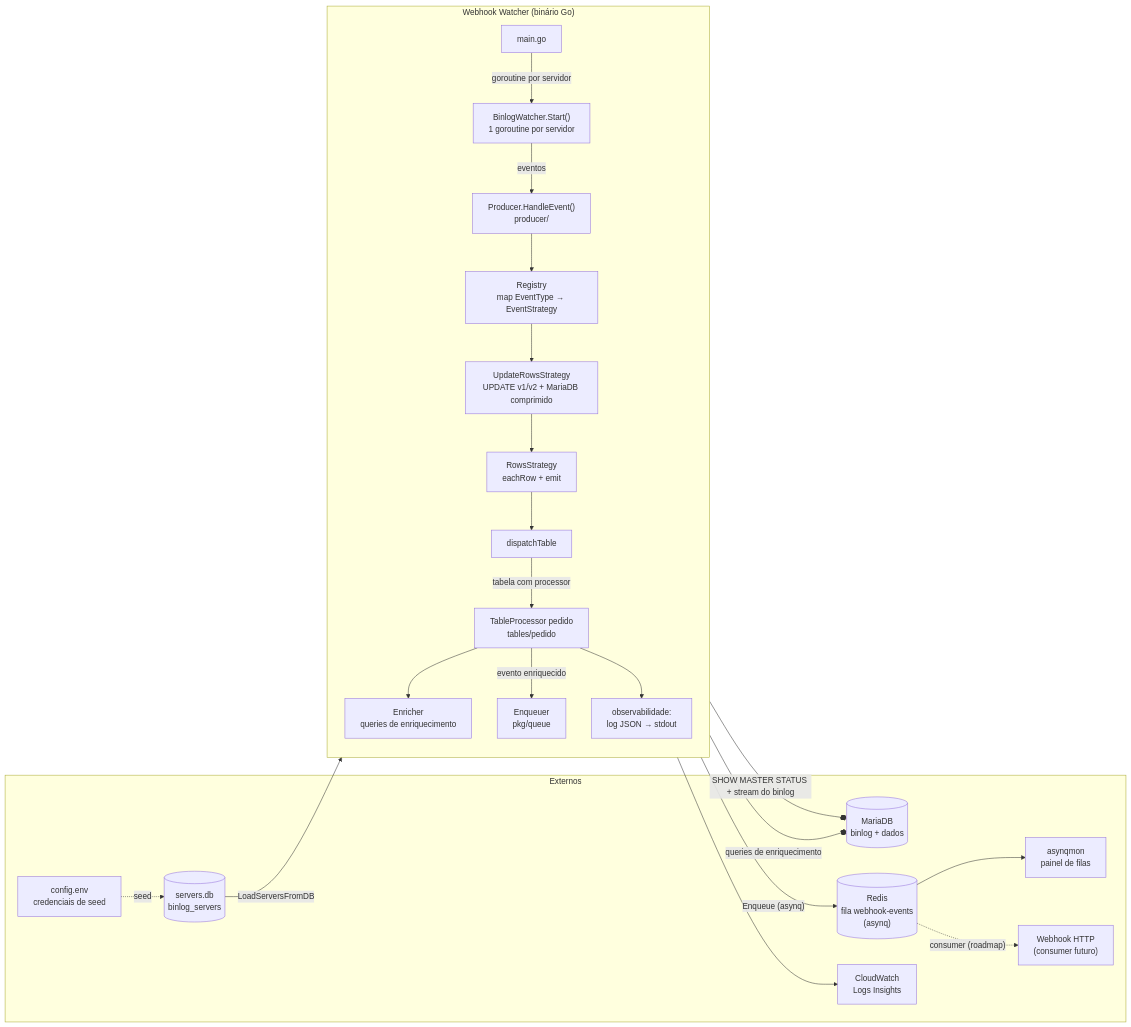
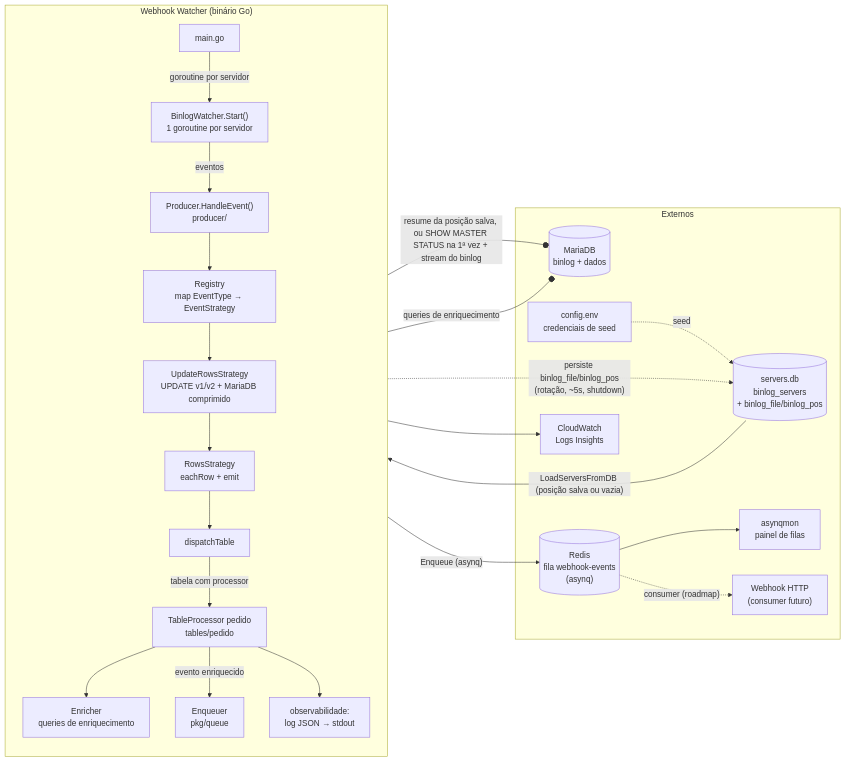
The diagram in README.md (AlisonSimiao/webhook-watcher), drawn with Mermaid before and after one commit. The commit also changed other lines of this file and 8 other files, not shown here.

Commit message:
feat(binlog): implement resume on restart for binlog watcher and persist position in SQLite

````diff
--- a/README.md
+++ b/README.md
@@ -43,46 +43,47 @@
 ```mermaid
 flowchart LR
     subgraph Ext["Externos"]
         MDB[("MariaDB<br/>binlog + dados")]
-        SQLITE[("servers.db<br/>binlog_servers")]
+        SQLITE[("servers.db<br/>binlog_servers<br/>+ binlog_file/binlog_pos")]
         ENV["config.env<br/>credenciais de seed"]
         REDIS[("Redis<br/>fila webhook-events<br/>(asynq)")]
         ASYNQMON["asynqmon<br/>painel de filas"]
         HTTP["Webhook HTTP<br/>(consumer futuro)"]
         CLOUD["CloudWatch<br/>Logs Insights"]
     end
 
     subgraph App["Webhook Watcher (binário Go)"]
         direction TB
         MAIN["main.go"]
         BW["BinlogWatcher.Start()<br/>1 goroutine por servidor"]
         PROD["Producer.HandleEvent()<br/>producer/"]
         REG["Registry<br/>map EventType → EventStrategy"]
         UPD["UpdateRowsStrategy<br/>UPDATE v1/v2 + MariaDB comprimido"]
         ROW["RowsStrategy<br/>eachRow + emit"]
         DISP["dispatchTable"]
         PED["TableProcessor pedido<br/>tables/pedido"]
         ENR["Enricher<br/>queries de enriquecimento"]
         ENQ["Enqueuer<br/>pkg/queue"]
         LOG["observabilidade:<br/>log JSON → stdout"]
     end
 
     ENV -. "seed" .-> SQLITE
-    SQLITE -->|"LoadServersFromDB"| MAIN
+    SQLITE -->|"LoadServersFromDB (posição salva ou vazia)"| MAIN
     MAIN -->|"goroutine por servidor"| BW
-    BW --o|"SHOW MASTER STATUS + stream do binlog"| MDB
+    BW --o|"resume da posição salva, ou SHOW MASTER STATUS na 1ª vez + stream do binlog"| MDB
+    BW -.->|"persiste binlog_file/binlog_pos<br/>(rotação, ~5s, shutdown)"| SQLITE
     BW -->|"eventos"| PROD
     PROD --> REG
     REG --> UPD
     UPD --> ROW
     ROW --> DISP
     DISP -->|"tabela com processor"| PED
     PED --> ENR
     ENR --o|"queries de enriquecimento"| MDB
     PED -->|"evento enriquecido"| ENQ
     ENQ -->|"Enqueue (asynq)"| REDIS
     REDIS --> ASYNQMON
     REDIS -.->|"consumer (roadmap)"| HTTP
     PED --> LOG
     LOG --> CLOUD
 ```
````
